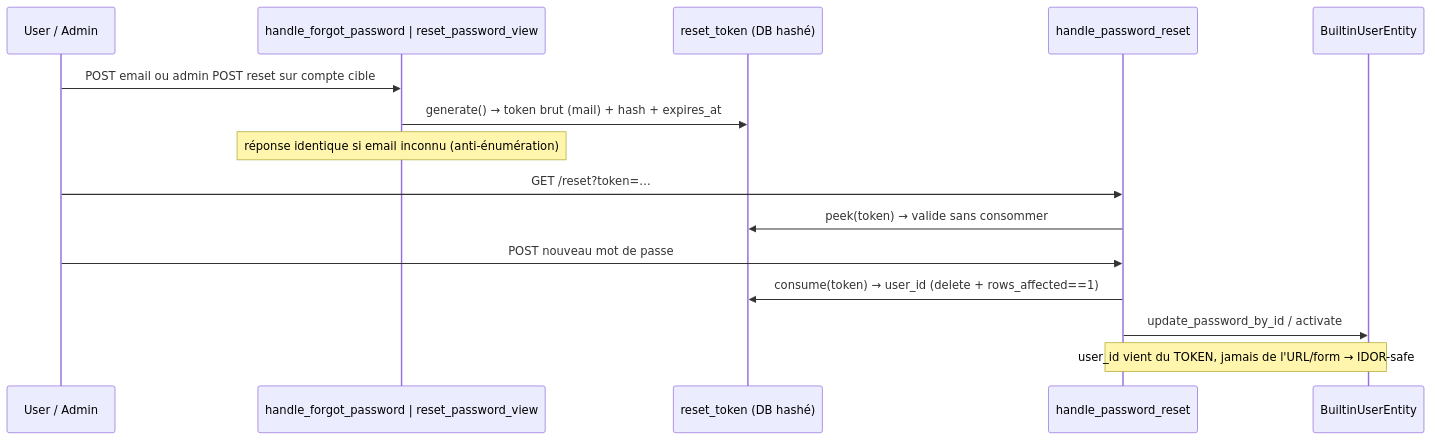
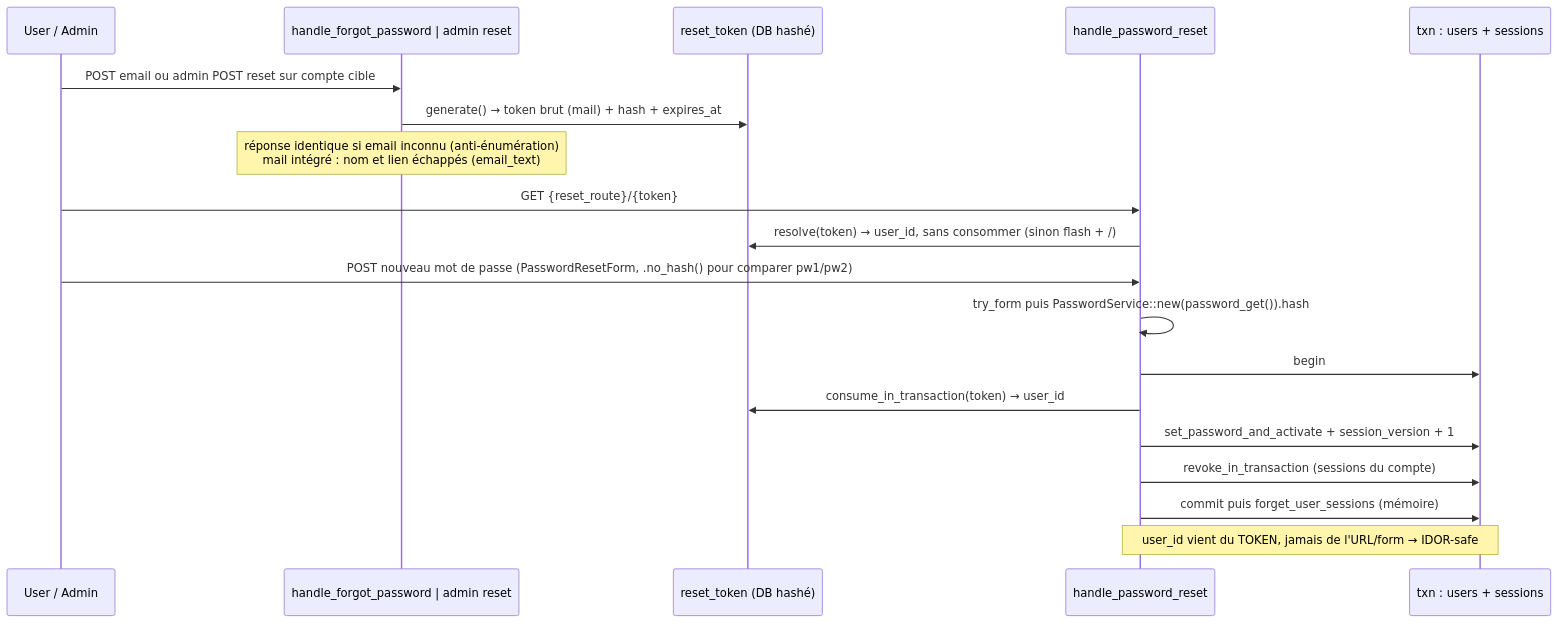
The fourth of 5 diagrams in diagramme/flux/admin-crud-reset-makemigrations.md (seb-alliot/runique), drawn with Mermaid before and after one commit. The commit also changed other lines of this file and 57 other files, not shown here.

Commit message:
fix few bug && diagramme

````diff
--- a/diagramme/flux/admin-crud-reset-makemigrations.md
+++ b/diagramme/flux/admin-crud-reset-makemigrations.md
@@ -97,18 +101,22 @@
 ```mermaid
 sequenceDiagram
     participant U as User / Admin
-    participant FP as handle_forgot_password | reset_password_view
+    participant FP as handle_forgot_password | admin reset
     participant RT as reset_token (DB hashé)
     participant RP as handle_password_reset
-    participant DB as BuiltinUserEntity
+    participant DB as txn : users + sessions
 
     U->>FP: POST email  ou  admin POST reset sur compte cible
     FP->>RT: generate() → token brut (mail) + hash + expires_at
-    Note over FP: réponse identique si email inconnu (anti-énumération)
-    U->>RP: GET /reset?token=…
-    RP->>RT: peek(token) → valide sans consommer
-    U->>RP: POST nouveau mot de passe
-    RP->>RT: consume(token) → user_id (delete + rows_affected==1)
-    RP->>DB: update_password_by_id / activate
+    Note over FP: réponse identique si email inconnu (anti-énumération)<br/>mail intégré : nom et lien échappés (email_text)
+    U->>RP: GET {reset_route}/{token}
+    RP->>RT: resolve(token) → user_id, sans consommer (sinon flash + /)
+    U->>RP: POST nouveau mot de passe (PasswordResetForm, .no_hash() pour comparer pw1/pw2)
+    RP->>RP: try_form puis PasswordService::new(password_get()).hash
+    RP->>DB: begin
+    RP->>RT: consume_in_transaction(token) → user_id
+    RP->>DB: set_password_and_activate + session_version + 1
+    RP->>DB: revoke_in_transaction (sessions du compte)
+    RP->>DB: commit puis forget_user_sessions (mémoire)
     Note over RP,DB: user_id vient du TOKEN, jamais de l'URL/form → IDOR-safe
 ```
````
